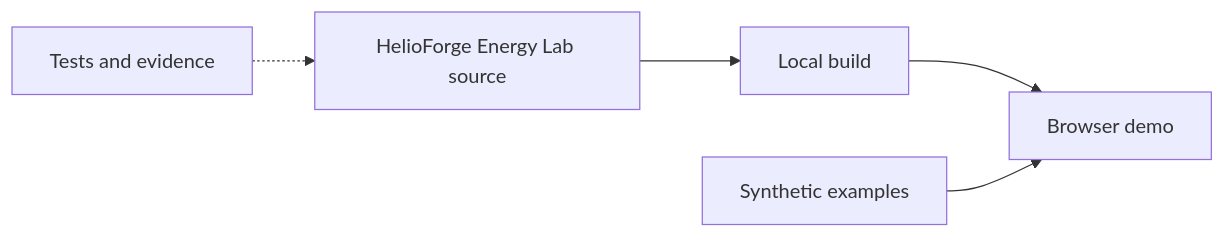
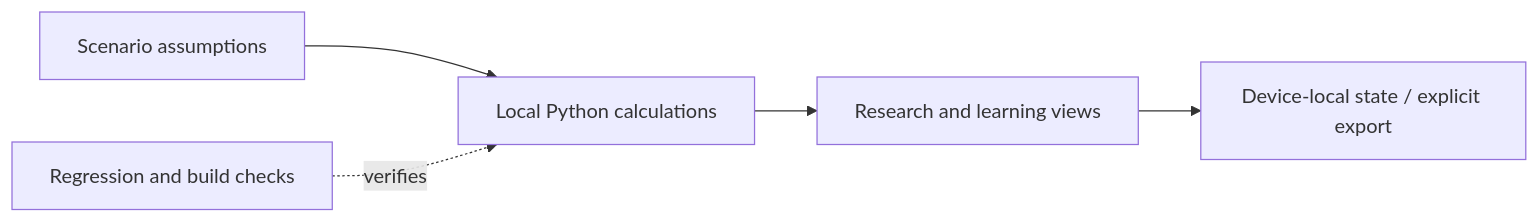
Before and after one commit to mohammadrezwankhan/helioforge-energy-lab: the diagram in docs/architecture/architecture.mmd, drawn with Mermaid. The commit also changed 16 other files, not shown here.

```diff
--- a/docs/architecture/architecture.mmd
+++ b/docs/architecture/architecture.mmd
@@ -1,4 +1,5 @@
 flowchart LR
-  S["HelioForge Energy Lab source"] --> B["Local build"] --> U["Browser demo"]
-  D["Synthetic examples"] --> U
-  T["Tests and evidence"] -.-> S
+    I["Scenario assumptions"] --> R["Local Python calculations"]
+    R --> V["Research and learning views"]
+    V --> L["Device-local state / explicit export"]
+    T["Regression and build checks"] -. verifies .-> R
```
